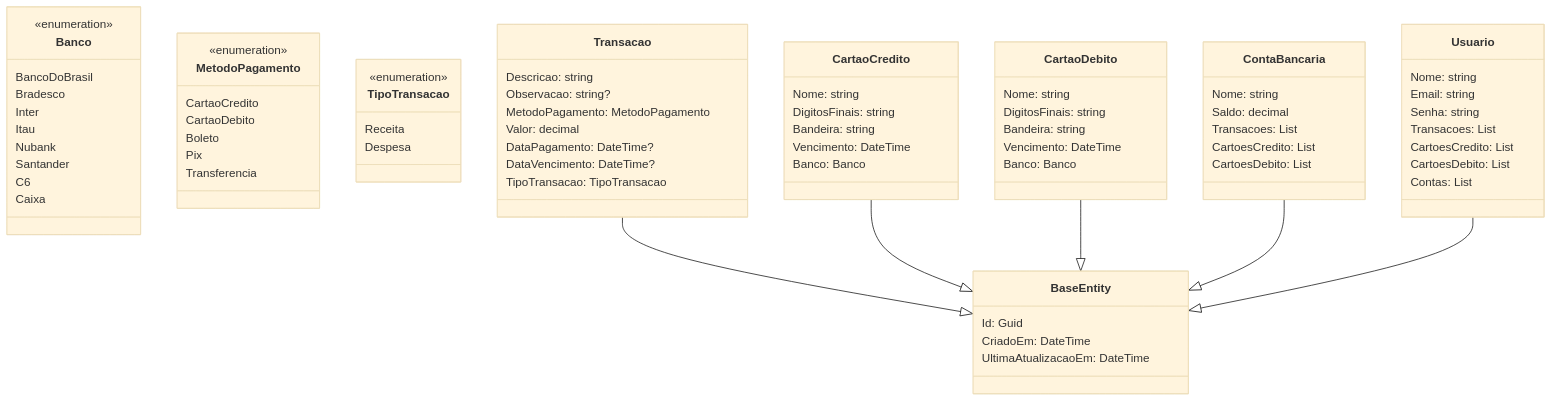
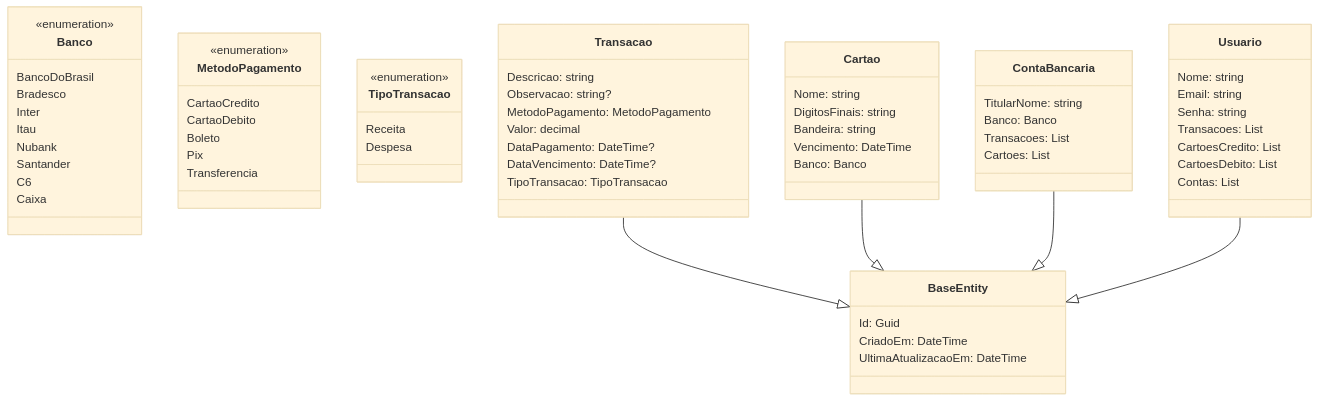
The diagram in README.md (gbLw1/MyCoreBanking), drawn with Mermaid (base theme) before and after one commit. The commit also changed 7 other files, not shown here.

````diff
--- a/README.md
+++ b/README.md
@@ -48,15 +48,7 @@
     TipoTransacao: TipoTransacao
 }
 
-class CartaoCredito{
-    Nome: string
-    DigitosFinais: string
-    Bandeira: string
-    Vencimento: DateTime
-    Banco: Banco
-}
-
-class CartaoDebito{
+class Cartao{
     Nome: string
     DigitosFinais: string
     Bandeira: string
@@ -65,11 +57,10 @@
 }
 
 class ContaBancaria{
-    Nome: string
-    Saldo: decimal
+    TitularNome: string
+    Banco: Banco
     Transacoes: List<Transacao>
-    CartoesCredito: List<CartaoCredito>
-    CartoesDebito: List<CartaoDebito>
+    Cartoes: List<Cartao>
 }
 
 class Usuario{
@@ -84,8 +75,7 @@
 
 %% Relacionamentos:
 Transacao --|> BaseEntity
-CartaoCredito --|> BaseEntity
-CartaoDebito --|> BaseEntity
+Cartao --|> BaseEntity
 ContaBancaria --|> BaseEntity
 Usuario --|> BaseEntity
 ```
````
